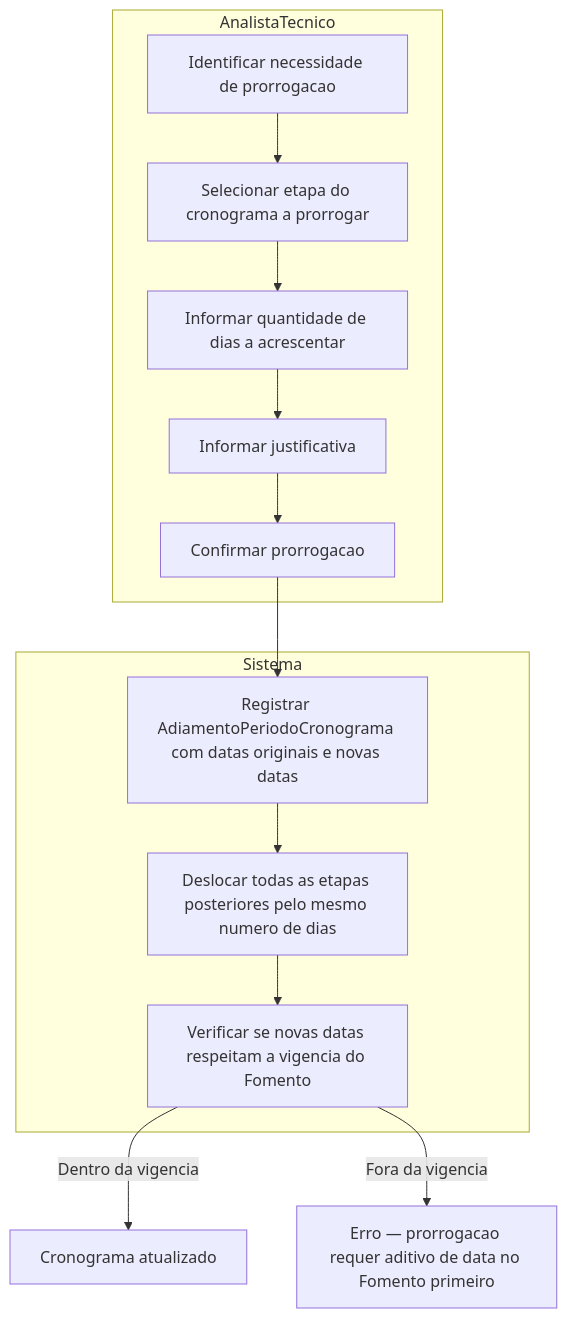
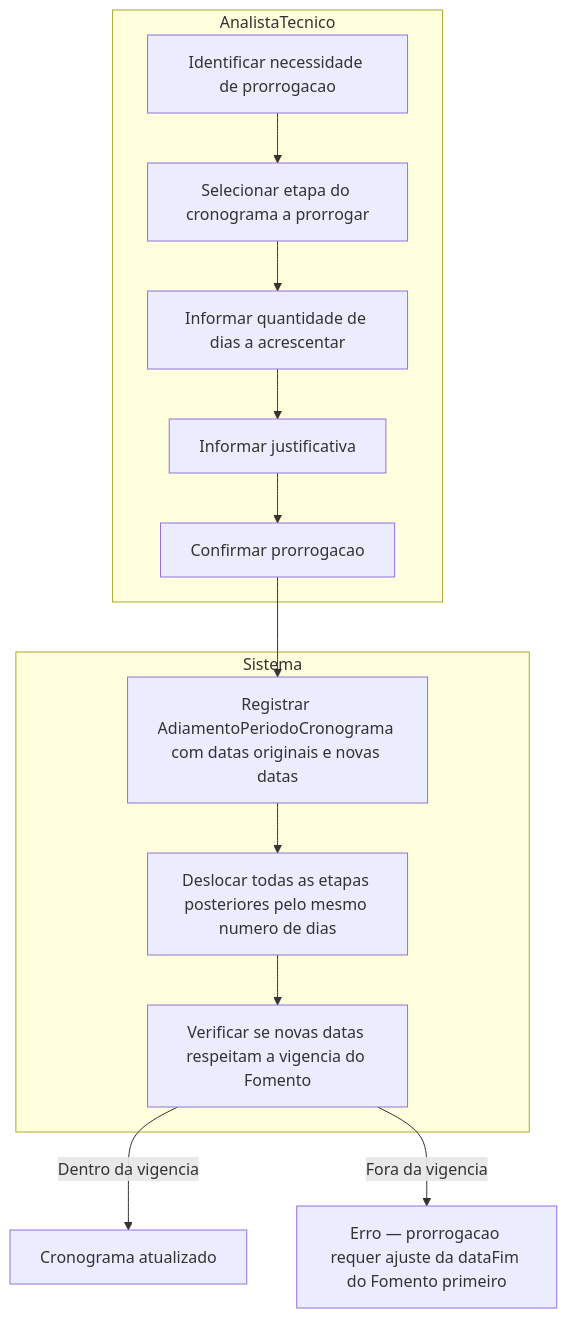
One commit to Czzped/conecta-fapes-teste changed the third of 3 diagrams in docs/implementation/modules/M011-configuracao-captacao/process-configuracao-selecao.md. Above: the diagram before and after it, drawn with Mermaid. The commit also changed other lines of this file and 18 other files, not shown here.

````diff
--- a/docs/implementation/modules/M011-configuracao-captacao/process-configuracao-selecao.md
+++ b/docs/implementation/modules/M011-configuracao-captacao/process-configuracao-selecao.md
@@ -249,20 +249,20 @@
 ```mermaid
 flowchart TD
     subgraph AnalistaTecnico[AnalistaTecnico]
         A[Identificar necessidade de prorrogacao]
         B[Selecionar etapa do cronograma a prorrogar]
         C[Informar quantidade de dias a acrescentar]
         D[Informar justificativa]
         E[Confirmar prorrogacao]
     end
 
     subgraph Sistema[Sistema]
         F[Registrar AdiamentoPeriodoCronograma com datas originais e novas datas]
         G[Deslocar todas as etapas posteriores pelo mesmo numero de dias]
         H[Verificar se novas datas respeitam a vigencia do Fomento]
     end
 
     A --> B --> C --> D --> E --> F --> G --> H
     H -->|Dentro da vigencia| I[Cronograma atualizado]
-    H -->|Fora da vigencia| J[Erro — prorrogacao requer aditivo de data no Fomento primeiro]
+    H -->|Fora da vigencia| J[Erro — prorrogacao requer ajuste da dataFim do Fomento primeiro]
 ```
````
